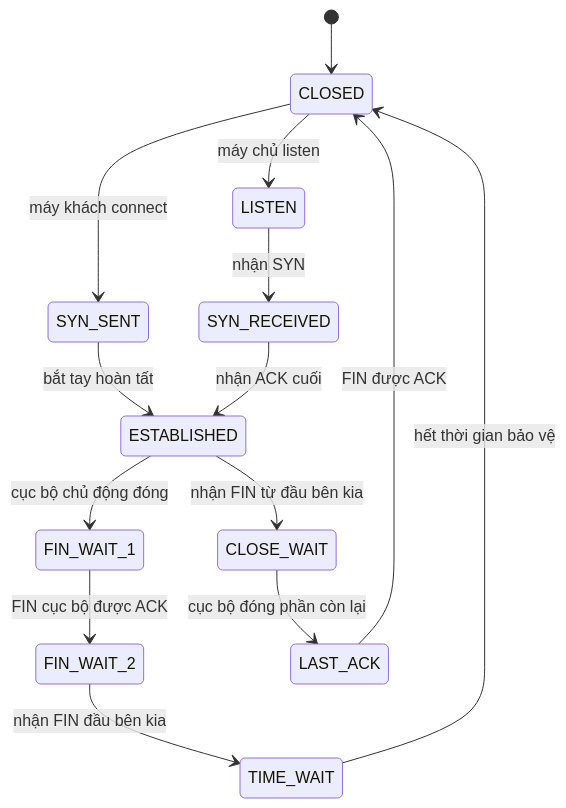
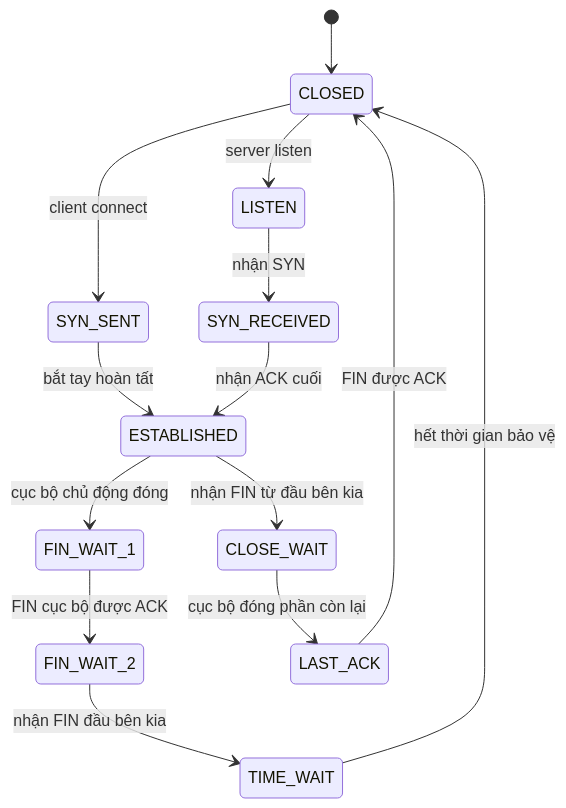
One commit to hai-kevins/embedded-linux changed the second of 2 diagrams in phase-01/README-topic-09.md. Above: the diagram before and after it, drawn with Mermaid. The commit also changed other lines of this file and 8 other files, not shown here.

````diff
--- a/phase-01/README-topic-09.md
+++ b/phase-01/README-topic-09.md
@@ -1108,16 +1108,16 @@
 ```mermaid
 stateDiagram-v2
     [*] --> CLOSED
-    CLOSED --> LISTEN: máy chủ listen
-    CLOSED --> SYN_SENT: máy khách connect
+    CLOSED --> LISTEN: server listen
+    CLOSED --> SYN_SENT: client connect
     LISTEN --> SYN_RECEIVED: nhận SYN
     SYN_SENT --> ESTABLISHED: bắt tay hoàn tất
     SYN_RECEIVED --> ESTABLISHED: nhận ACK cuối
     ESTABLISHED --> FIN_WAIT_1: cục bộ chủ động đóng
     ESTABLISHED --> CLOSE_WAIT: nhận FIN từ đầu bên kia
     FIN_WAIT_1 --> FIN_WAIT_2: FIN cục bộ được ACK
     FIN_WAIT_2 --> TIME_WAIT: nhận FIN đầu bên kia
     CLOSE_WAIT --> LAST_ACK: cục bộ đóng phần còn lại
     LAST_ACK --> CLOSED: FIN được ACK
     TIME_WAIT --> CLOSED: hết thời gian bảo vệ
 ```
````
